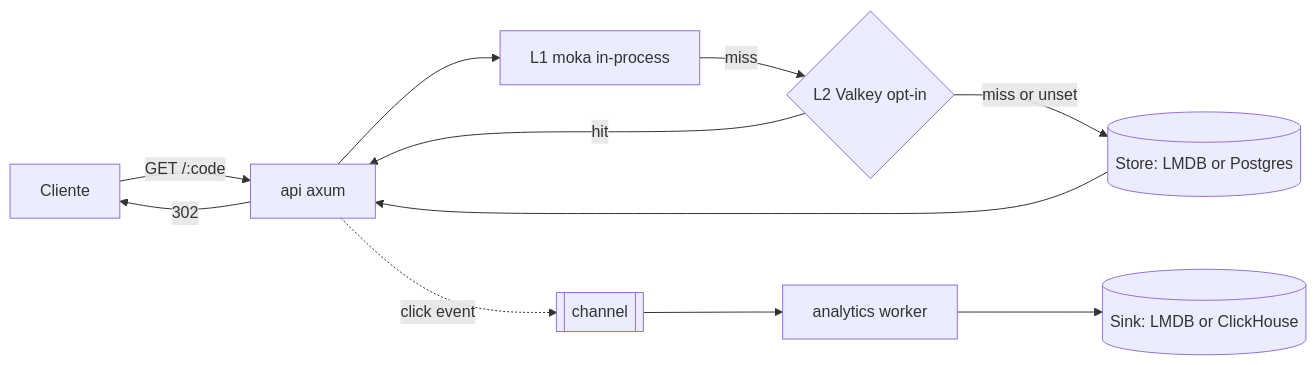
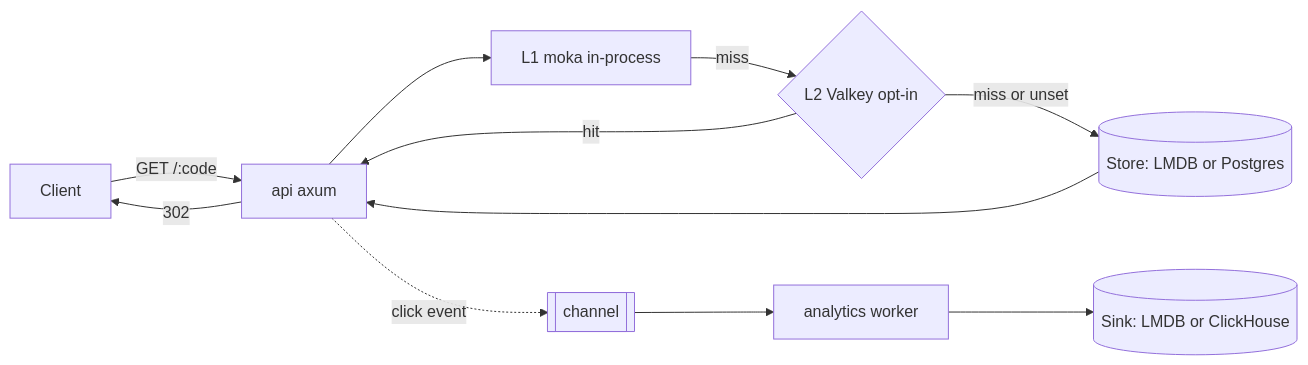
One commit to lucasolopes/quark changed the third of 3 diagrams in README.md. Above: the diagram before and after it, drawn with Mermaid. The commit also changed other lines of this file and 15 other files, not shown here.

````diff
--- a/README.md
+++ b/README.md
@@ -159,13 +161,13 @@
 ```mermaid
 flowchart LR
-    Cli[Cliente] -->|GET /:code| Api[api axum]
+    Cli[Client] -->|GET /:code| Api[api axum]
     Api --> L1[L1 moka in-process]
     L1 -->|miss| L2{L2 Valkey opt-in}
     L2 -->|hit| Api
     L2 -->|miss or unset| Store[(Store: LMDB or Postgres)]
     Store --> Api
     Api -->|302| Cli
     Api -.click event.-> Chan[[channel]]
     Chan --> Worker[analytics worker]
     Worker --> Sink[(Sink: LMDB or ClickHouse)]
 ```
````
